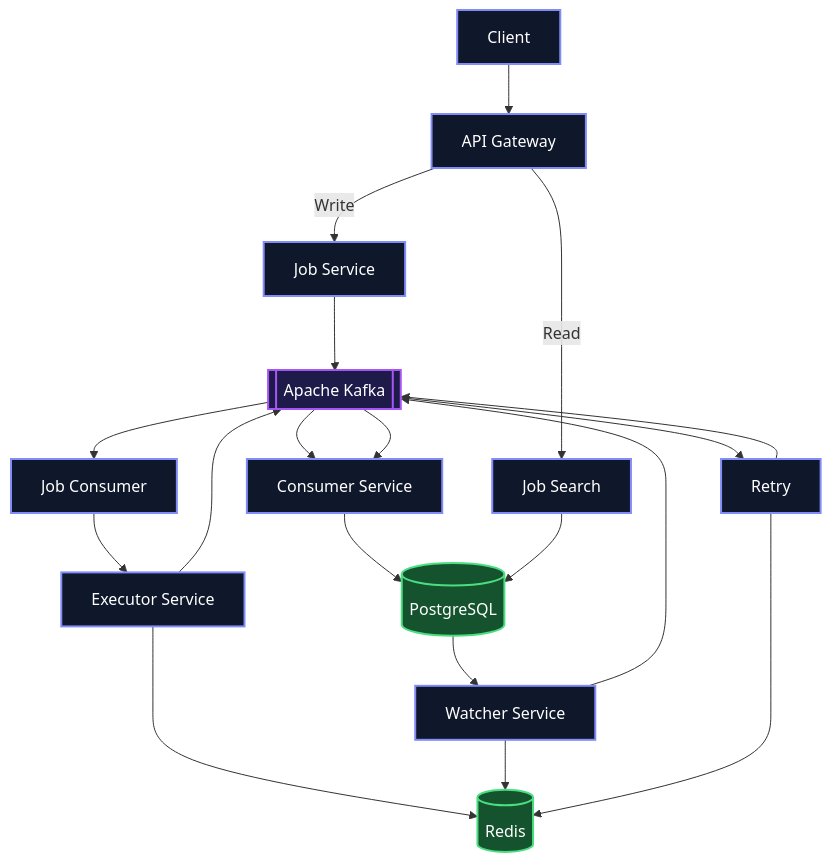
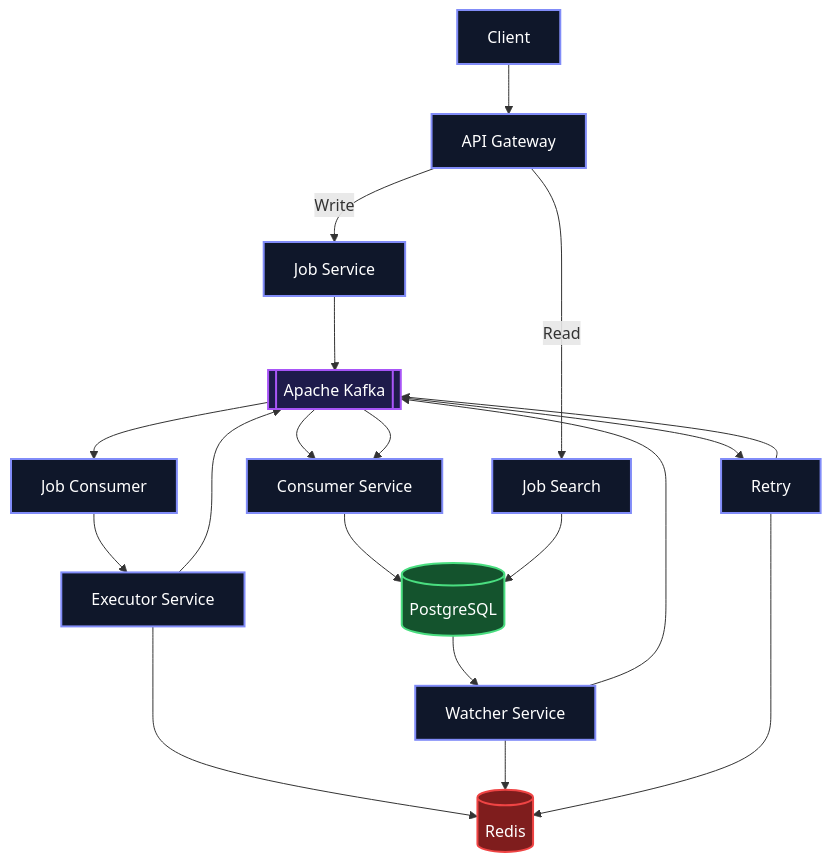
Before and after one commit to DragnoZender/ZenSys---DJSP: the diagram in README.md, drawn with Mermaid.

Commit message:
mini change

````diff
--- a/README.md
+++ b/README.md
@@ -69,54 +69,56 @@
 ```mermaid
 flowchart TB
 
     Client["Client"]
     Gateway["API Gateway"]
 
     JobService["Job Service"]
     SearchService["Job Search"]
 
     Kafka[["Apache Kafka"]]
 
     Consumer["Consumer Service"]
     Watcher["Watcher Service"]
     JobConsumer["Job Consumer"]
     Executor["Executor Service"]
 
     PostgreSQL[("PostgreSQL")]
     Redis[("Redis")]
 
     Client --> Gateway
 
     Gateway -->|Write| JobService
     Gateway -->|Read| SearchService
 
     JobService --> Kafka
     Kafka --> Consumer
 
     Consumer --> PostgreSQL
     SearchService --> PostgreSQL
 
     PostgreSQL --> Watcher
     Watcher --> Kafka
 
     Kafka --> JobConsumer
     JobConsumer --> Executor
 
     Executor --> Kafka
     Executor --> Redis
 
     Kafka --> Consumer
     Watcher --> Redis
 
     Kafka --> Retry["Retry"]
     Retry --> Redis
     Retry --> Kafka
 
     classDef service fill:#0f172a,stroke:#818cf8,stroke-width:2px,color:#fff;
     classDef infra fill:#1e1b4b,stroke:#a855f7,stroke-width:2px,color:#fff;
     classDef db fill:#14532d,stroke:#4ade80,stroke-width:2px,color:#fff;
-
+    classDef redis fill:#7f1d1d,stroke:#ef4444,stroke-width:2px,color:#fff;
+    
     class Client,Gateway,JobService,SearchService,Consumer,Watcher,JobConsumer,Executor,Retry service;
     class Kafka infra;
-    class PostgreSQL,Redis db;
+    class PostgreSQL db;
+    class Redis redis;
 ```
````
